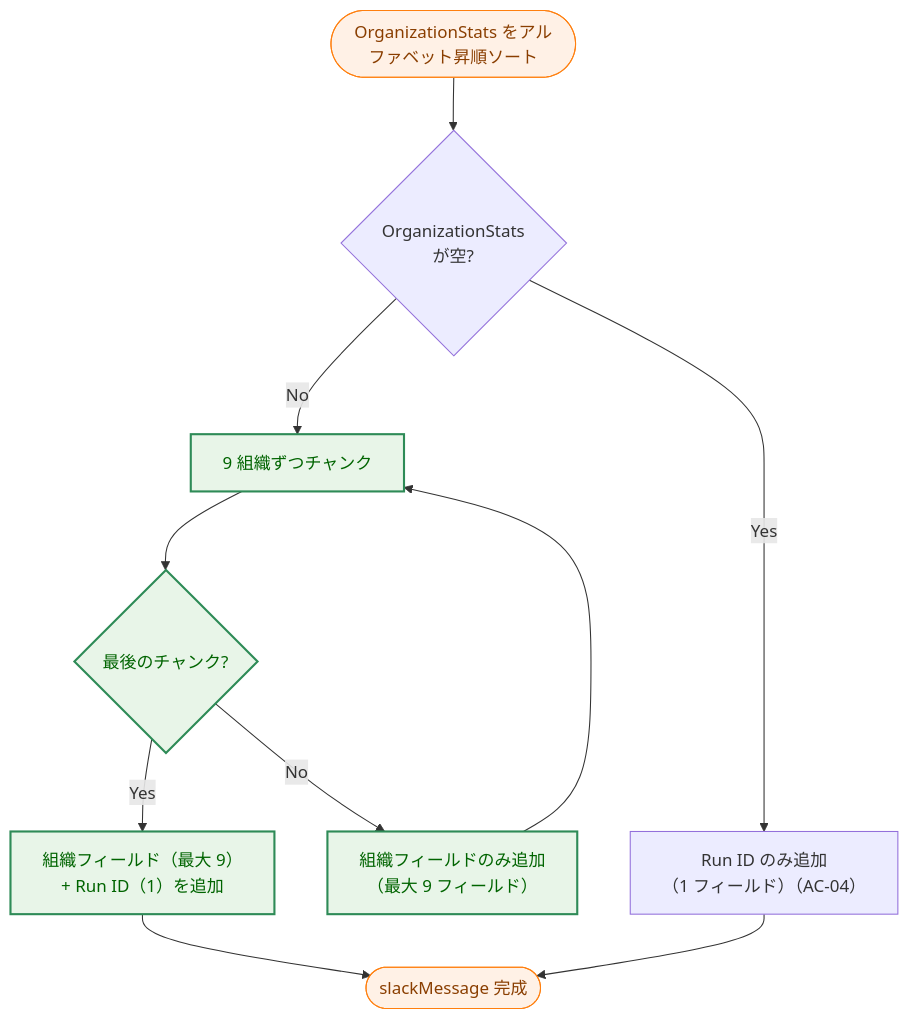
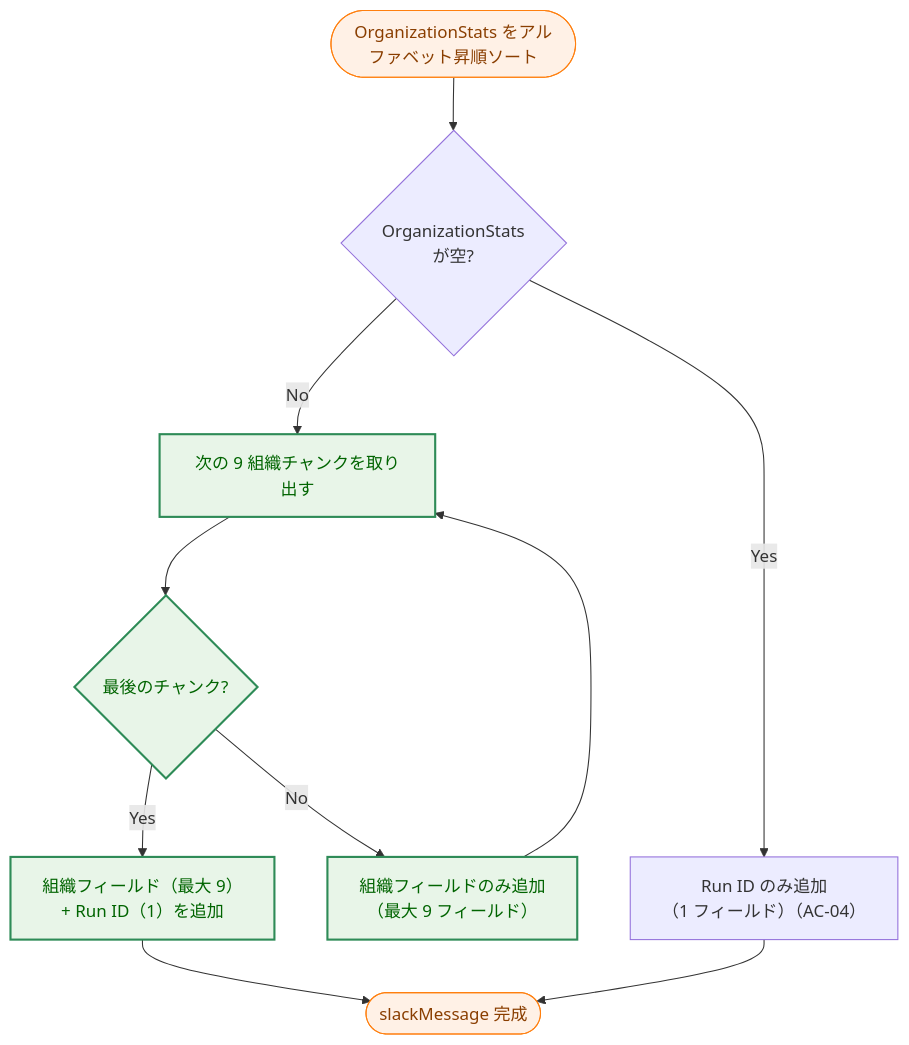
One commit to isseis/tlsrpt-digest changed the seventh of 7 diagrams in docs/tasks/0050_weekly_summary/02_architecture.md. Above: the diagram before and after it, drawn with Mermaid. The commit also changed other lines of this file, not shown here.

First line of the commit message:
docs(weekly-summary): fix architecture doc inaccuracies from review

````diff
--- a/docs/tasks/0050_weekly_summary/02_architecture.md
+++ b/docs/tasks/0050_weekly_summary/02_architecture.md
@@ -339,18 +341,18 @@
 ```mermaid
 flowchart TD
     classDef process fill:#fff1e6,stroke:#ff7f0e,stroke-width:1px,color:#8a3e00;
     classDef enhanced fill:#e8f5e8,stroke:#2e8b57,stroke-width:2px,color:#006400;
 
     Start(["OrganizationStats をアルファベット昇順ソート"]) --> EmptyCheck{"OrganizationStats<br>が空?"}
     EmptyCheck -->|"Yes"| AddRunIDOnly["Run ID のみ追加<br>（1 フィールド）（AC-04）"]
-    EmptyCheck -->|"No"| Loop["9 組織ずつチャンク"]
-    Loop --> Chunk{"最後のチャンク?"}
+    EmptyCheck -->|"No"| TakeChunk["次の 9 組織チャンクを取り出す"]
+    TakeChunk --> Chunk{"最後のチャンク?"}
     Chunk -->|"No"| AddOrgFields["組織フィールドのみ追加<br>（最大 9 フィールド）"]
     Chunk -->|"Yes"| AddOrgAndRunID["組織フィールド（最大 9）<br>+ Run ID（1）を追加"]
-    AddOrgFields --> Loop
+    AddOrgFields --> TakeChunk
     AddOrgAndRunID --> End(["slackMessage 完成"])
     AddRunIDOnly --> End
 
     class Start,End process
-    class Loop,Chunk,AddOrgFields,AddOrgAndRunID enhanced
+    class TakeChunk,Chunk,AddOrgFields,AddOrgAndRunID enhanced
 ```
````
